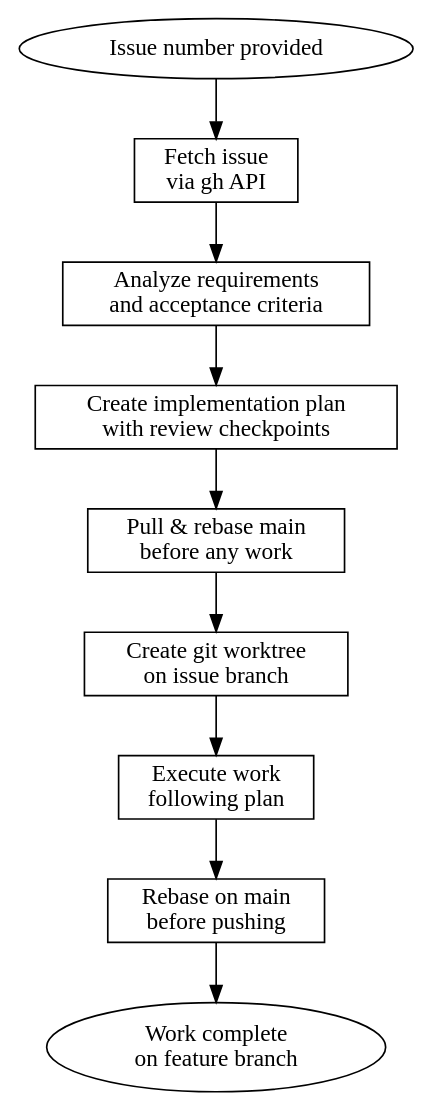
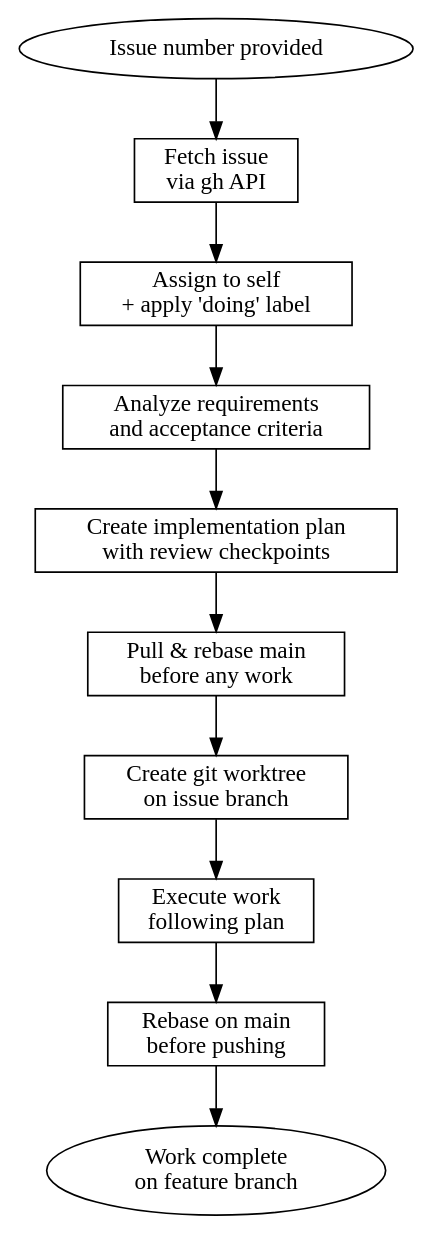
One commit to liamcrettol/rerolled changed the diagram in .claude/skills/develop-github-issue/SKILL.md. Above: the diagram before and after it, drawn with Graphviz. The commit also changed other lines of this file, not shown here.

Commit message:
Enhance develop-github-issue skill with claim, PR labels, and PR assignee steps

````diff
--- a/.claude/skills/develop-github-issue/SKILL.md
+++ b/.claude/skills/develop-github-issue/SKILL.md
@@ -21,16 +21,18 @@
 ```dot
 digraph develop_issue {
     start [shape=ellipse, label="Issue number provided"];
     fetch [shape=box, label="Fetch issue\nvia gh API"];
     analyze [shape=box, label="Analyze requirements\nand acceptance criteria"];
     plan [shape=box, label="Create implementation plan\nwith review checkpoints"];
     branch [shape=box, label="Create git worktree\non issue branch"];
     execute [shape=box, label="Execute work\nfollowing plan"];
     end [shape=ellipse, label="Work complete\non feature branch"];
 
     sync [shape=box, label="Pull & rebase main\nbefore any work"];
     rebase [shape=box, label="Rebase on main\nbefore pushing"];
 
-    start -> fetch -> analyze -> plan -> sync -> branch -> execute -> rebase -> end;
+    claim [shape=box, label="Assign to self\n+ apply 'doing' label"];
+
+    start -> fetch -> claim -> analyze -> plan -> sync -> branch -> execute -> rebase -> end;
 }
 ```
````
